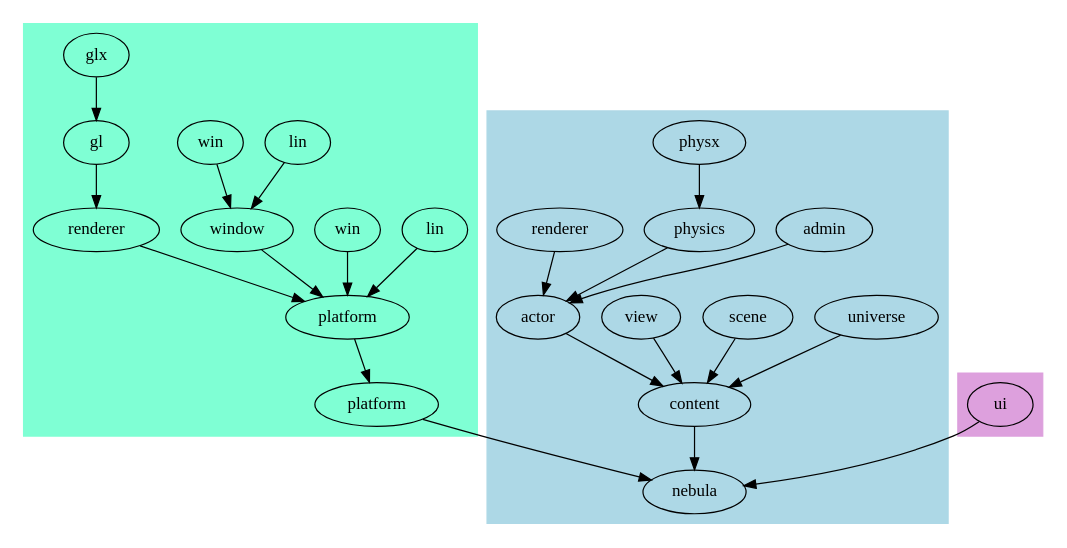
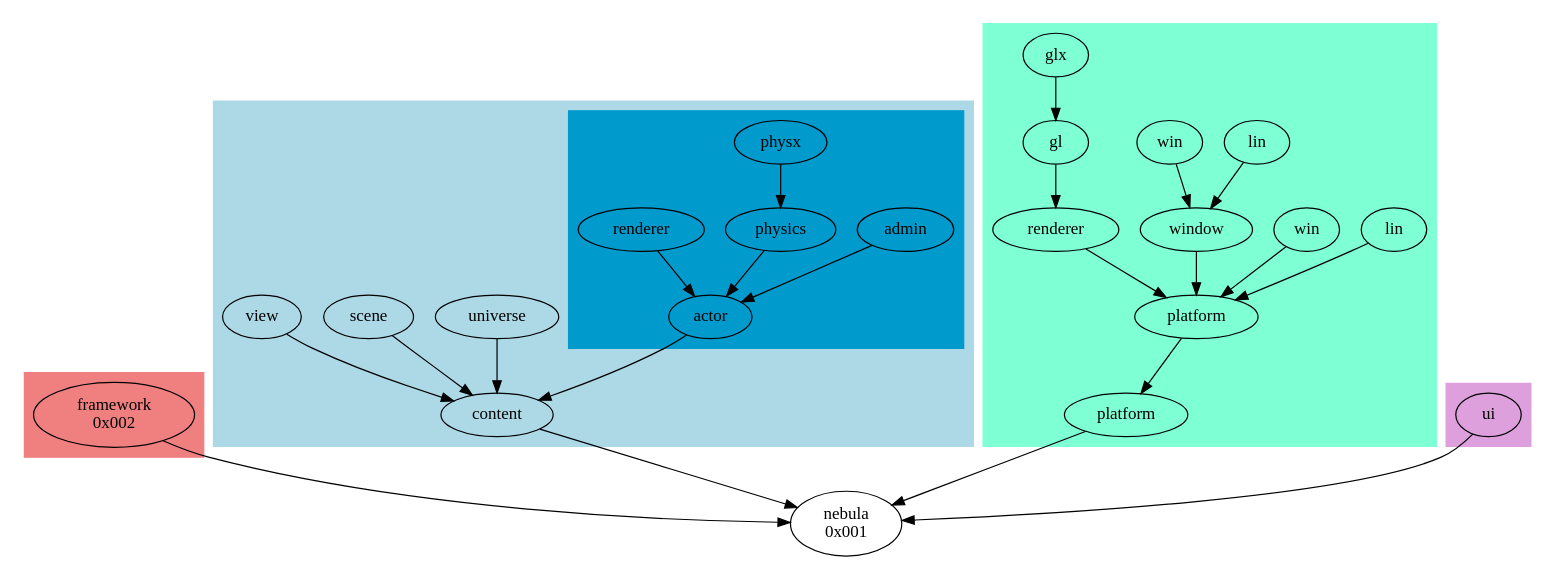
One commit to nebula-engine/Nebula changed the diagram in media/dot/ns.dot. Above: the diagram before and after it, drawn with Graphviz. The commit also changed 19 other files, not shown here.

```diff
--- a/media/dot/ns.dot
+++ b/media/dot/ns.dot
@@ -1,87 +1,95 @@
 digraph G
 {
+	rackdir="BT";
+	
+	nebula [label="nebula\n0x001"];
+
+	subgraph cluster__framework
+	{
+		style = filled;
+		color = lightcoral;
+		
+		framework [label="framework\n0x002"]
+	}
+	
+	framework->nebula;
+
 	subgraph cluster__content
 	{
 		//node [style=filled];
 		style = filled;
 		color = lightblue;
 		
 		content [label="content"];
-
-		content -> nebula;
-
-		
 		universe [label = "universe"];
-		
-
-
 		scene [label = "scene"];
-		
-		
-		
 		view [label = "view"];
 		
-		actor [label = "actor"];
-		actor_admin [label = "admin"];
-		actor_physics [label = "physics"];
-		actor_physics_physx [label = "physx"];
-		actor_renderer [label = "renderer"];
+		subgraph cluster__actor
+		{
+			style = filled;
+			color = deepskyblue3;
+			
+			actor [label = "actor"];
+			actor_admin [label = "admin"];
+			actor_physics [label = "physics"];
+			actor_physics_physx [label = "physx"];
+			actor_renderer [label = "renderer"];
+		}
 		
 		universe -> content;
 		scene -> content;
 		view -> content;
 		actor -> content;
 		actor_admin -> actor;
 		actor_physics -> actor;
 		actor_physics_physx -> actor_physics;
 		actor_renderer -> actor;
-		
 	}
+	
+	content -> nebula;
+
 	subgraph cluster__platform
 	{
 		platform [label="platform"];
 		platform_platform [label="platform"];
 		platform_platform_lin [label="lin"];
 		platform_platform_win [label="win"];
 		platform_window [label="window"];
 		platform_window_lin [label="lin"];
 		platform_window_win [label="win"];
 		platform_renderer [label="renderer"];
 		platform_renderer_gl [label="gl"];
 		platform_renderer_gl_glx [label="glx"];
 
-		
-		platform -> nebula;
 		platform_platform -> platform;
 		platform_platform_lin -> platform_platform;
 		platform_platform_win -> platform_platform;
 		platform_window -> platform_platform;
 		platform_window_lin -> platform_window;
 		platform_window_win -> platform_window;
 		platform_renderer -> platform_platform;
 		platform_renderer_gl -> platform_renderer;
 		platform_renderer_gl_glx -> platform_renderer_gl;
 
-
-
-
 		style = filled;
 		color = aquamarine;
 	}
+	
+	platform->nebula;
+	
 	subgraph cluster__ui
 	{
 		ui [label = "ui"];
-		ui -> nebula;
 
 		style = filled;
 		color = plum;
 	}
-	nebula [label="nebula"];
-	
-	
+		
+	ui -> nebula;
 	
 			
 
 	
 		
 }
```
